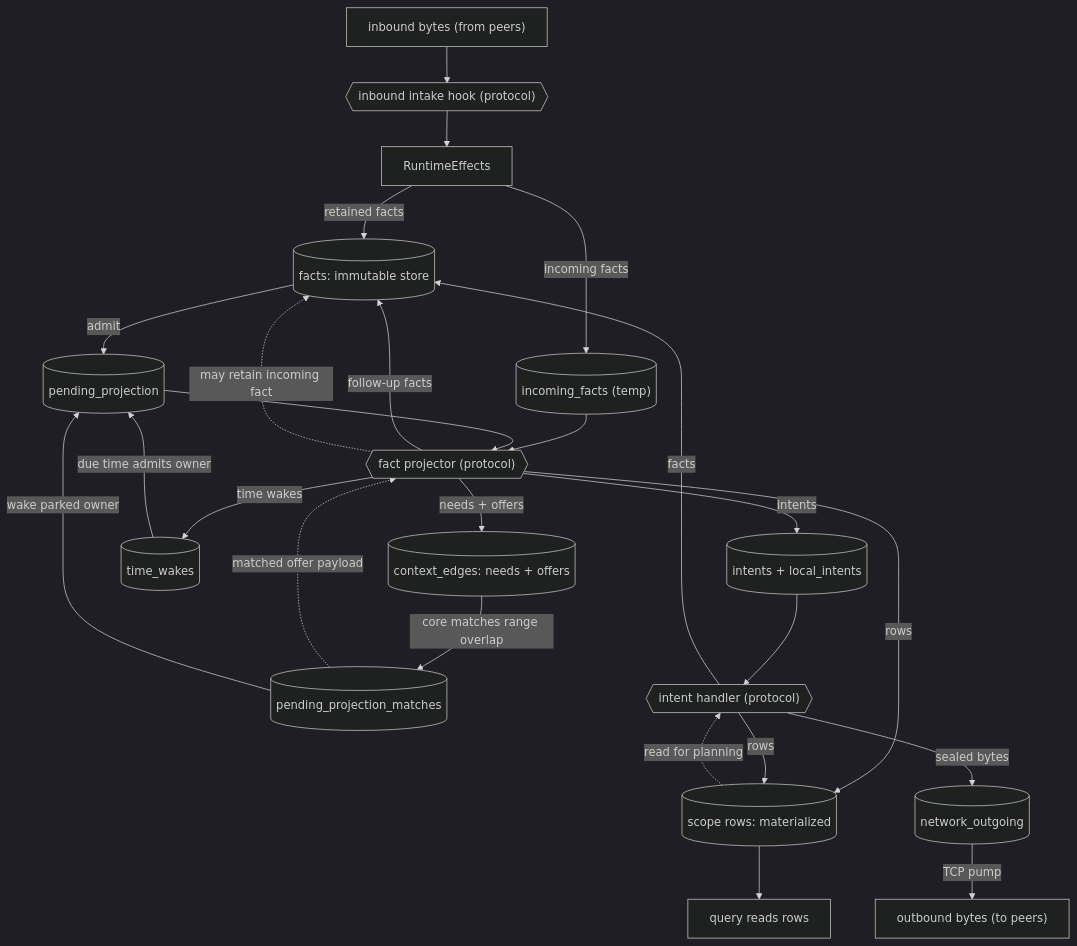
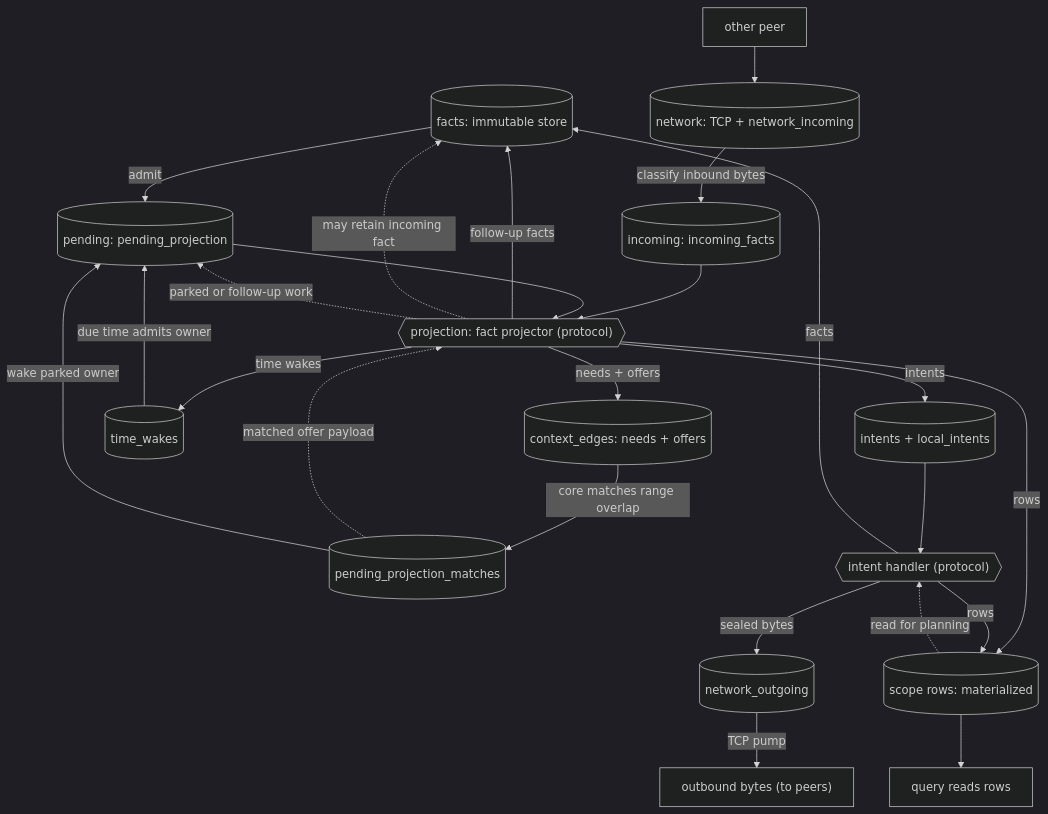
Before and after one commit to holmesworcester/poc-10: the first of 9 diagrams in ARCHITECTURE_DIAGRAMS.md, drawn with Mermaid (dark theme). The commit also changed other lines of this file and 26 other files, not shown here.

Commit message:
Move inbound network durability to projectors

````diff
--- a/ARCHITECTURE_DIAGRAMS.md
+++ b/ARCHITECTURE_DIAGRAMS.md
@@ -59,49 +60,47 @@
 ```mermaid
 %%{init: {"flowchart": {"wrappingWidth": 300}} }%%
 flowchart TD
     FACTS[("facts: immutable store")]
-    PENDING[("pending_projection")]
-    NETIN["inbound bytes (from peers)"]
-    INTAKE{{"inbound intake hook (protocol)"}}
-    EFFECTS["RuntimeEffects"]
-    INCOMING[("incoming_facts (temp)")]
-    PROJECTOR{{"fact projector (protocol)"}}
+    PENDING[("pending: pending_projection")]
+    PEER["other peer"]
+    NETWORK[("network: TCP + network_incoming")]
+    INCOMING[("incoming: incoming_facts")]
+    PROJECTOR{{"projection: fact projector (protocol)"}}
     CONTEXT[("context_edges: needs + offers")]
     MATCHES[("pending_projection_matches")]
     WAKES[("time_wakes")]
     INTENTS[("intents + local_intents")]
     HANDLER{{"intent handler (protocol)"}}
     OUT[("network_outgoing")]
     NETOUT["outbound bytes (to peers)"]
     ROWS[("scope rows: materialized")]
     QUERY["query reads rows"]
 
-    NETIN --> INTAKE
-    INTAKE --> EFFECTS
-    EFFECTS -->|incoming facts| INCOMING
-    EFFECTS -->|retained facts| FACTS
+    PEER --> NETWORK
+    NETWORK -->|classify inbound bytes| INCOMING
     FACTS -->|admit| PENDING
     INCOMING --> PROJECTOR
     PENDING --> PROJECTOR
     MATCHES -.matched offer payload.-> PROJECTOR
 
     PROJECTOR -->|needs + offers| CONTEXT
     PROJECTOR -->|time wakes| WAKES
     PROJECTOR -->|intents| INTENTS
     PROJECTOR -->|follow-up facts| FACTS
     PROJECTOR -.may retain incoming fact.-> FACTS
+    PROJECTOR -.parked or follow-up work.-> PENDING
     PROJECTOR -->|rows| ROWS
 
     CONTEXT -->|core matches range overlap| MATCHES
     MATCHES -->|wake parked owner| PENDING
     WAKES -->|due time admits owner| PENDING
 
     INTENTS --> HANDLER
     HANDLER -->|facts| FACTS
     HANDLER -->|rows| ROWS
     HANDLER -->|sealed bytes| OUT
 
     OUT -->|TCP pump| NETOUT
     ROWS --> QUERY
     ROWS -.read for planning.-> HANDLER
 ```
````
